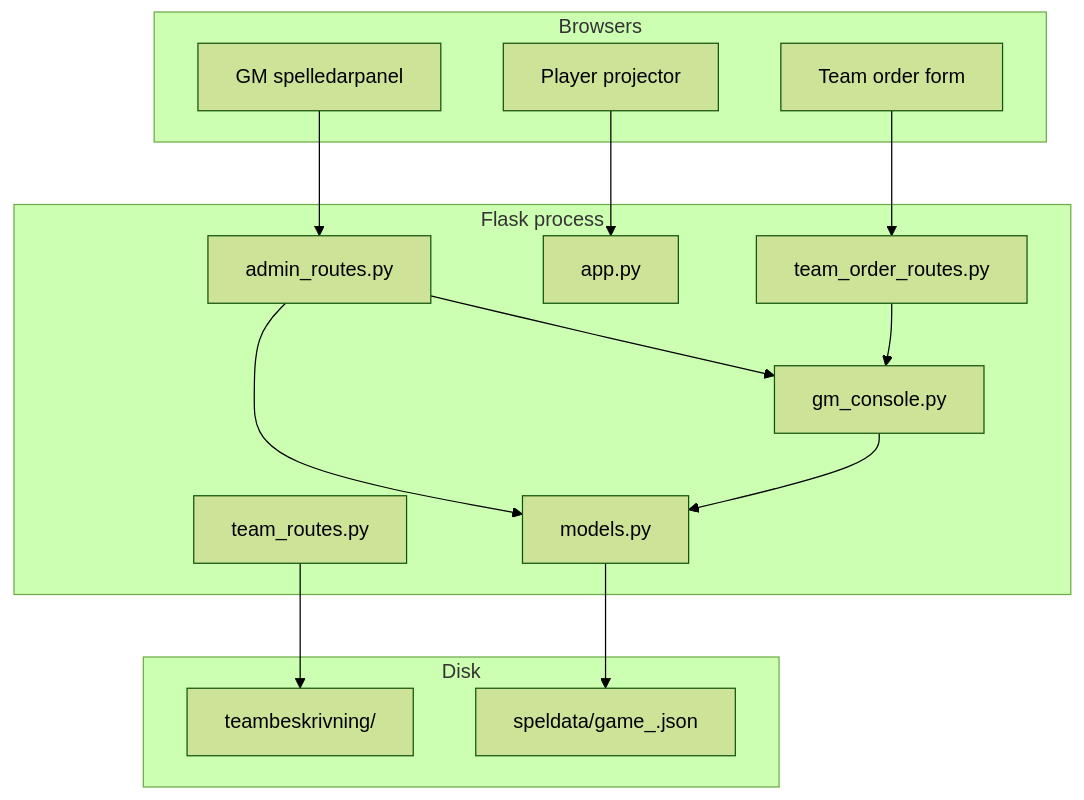
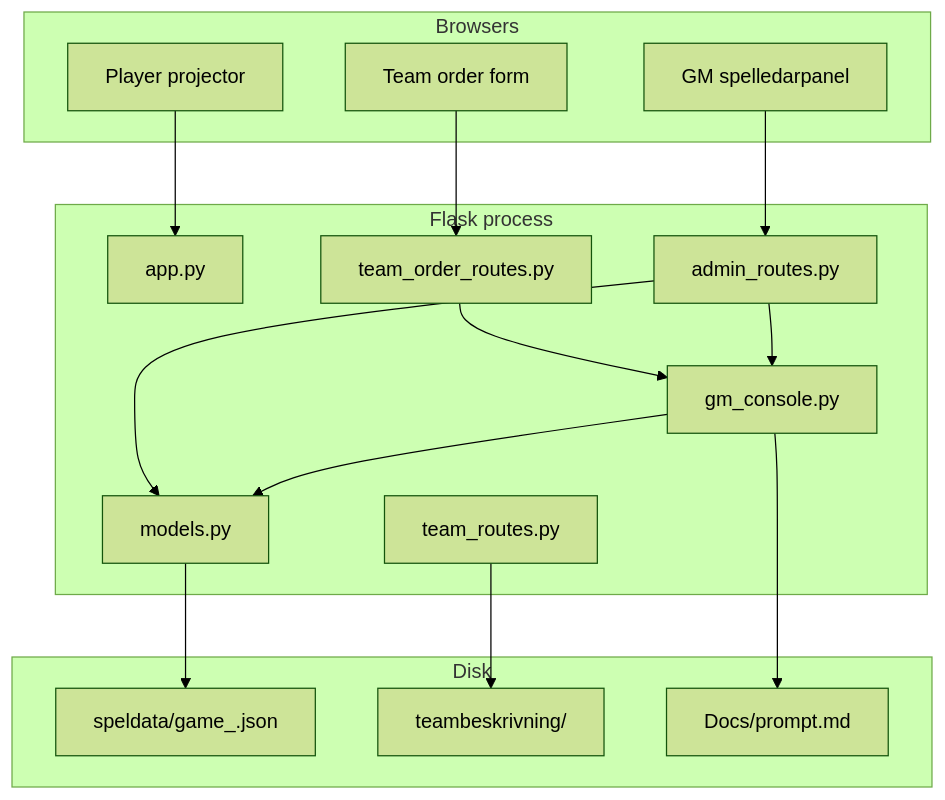
The diagram in Docs/architecture.md (fredrikCarleson/stabsspel), drawn with Mermaid (forest theme) before and after one commit. The commit also changed other lines of this file and 11 other files, not shown here.

````diff
--- a/Docs/architecture.md
+++ b/Docs/architecture.md
@@ -64,32 +98,34 @@
 ```mermaid
 flowchart TB
   subgraph clients [Browsers]
     GM[GM spelledarpanel]
     Proj[Player projector]
     Team[Team order form]
   end
 
   subgraph flask [Flask process]
     App[app.py]
     Admin[admin_routes.py]
     Orders[team_order_routes.py]
     Teams[team_routes.py]
     Domain[gm_console.py]
     Models[models.py]
   end
 
   subgraph disk [Disk]
     JSON["speldata/game_<id>.json"]
     Briefs[teambeskrivning/]
+    Prompt[Docs/prompt.md]
   end
 
   GM --> Admin
   Proj --> App
   Team --> Orders
   Admin --> Domain
   Orders --> Domain
   Domain --> Models
+  Domain --> Prompt
   Admin --> Models
   Models --> JSON
   Teams --> Briefs
 ```
````
